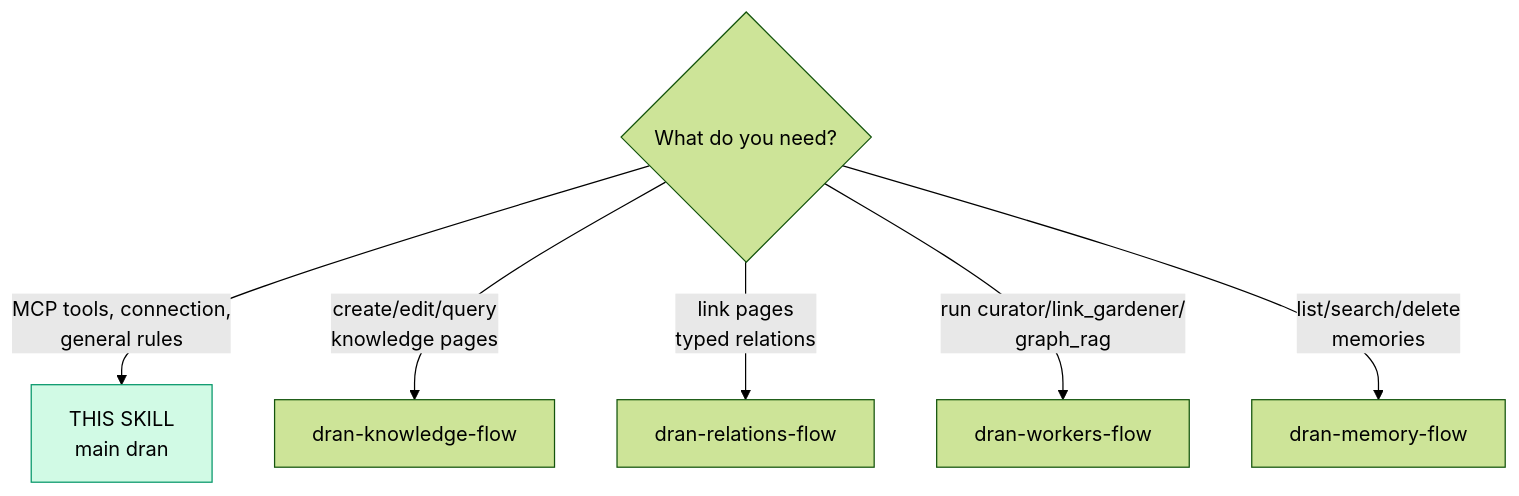
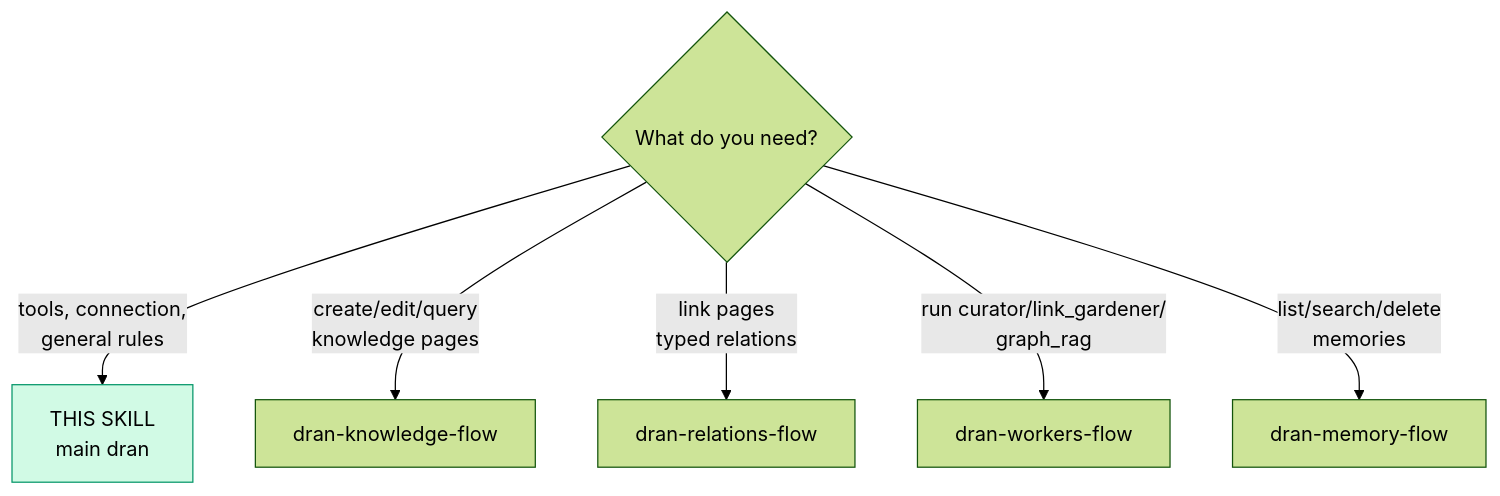
The first of 3 diagrams in skills/dran/SKILL.md (alvarolizama/dran), drawn with Mermaid (forest theme) before and after one commit. The commit also changed other lines of this file and 9 other files, not shown here.

````diff
--- a/skills/dran/SKILL.md
+++ b/skills/dran/SKILL.md
@@ -23,10 +28,10 @@
 ```mermaid
 flowchart TD
-  Q{What do you need?} -->|"MCP tools, connection,\ngeneral rules"| SELF["THIS SKILL\nmain dran"]
+  Q{What do you need?} -->|"tools, connection,\ngeneral rules"| SELF["THIS SKILL\nmain dran"]
   Q -->|"create/edit/query\nknowledge pages"| K[dran-knowledge-flow]
   Q -->|"link pages\ntyped relations"| R[dran-relations-flow]
   Q -->|"run curator/link_gardener/\ngraph_rag"| X[dran-workers-flow]
   Q -->|"list/search/delete\nmemories"| M[dran-memory-flow]
 
   style SELF fill:#d1fae5,stroke:#059669
 ```
````
